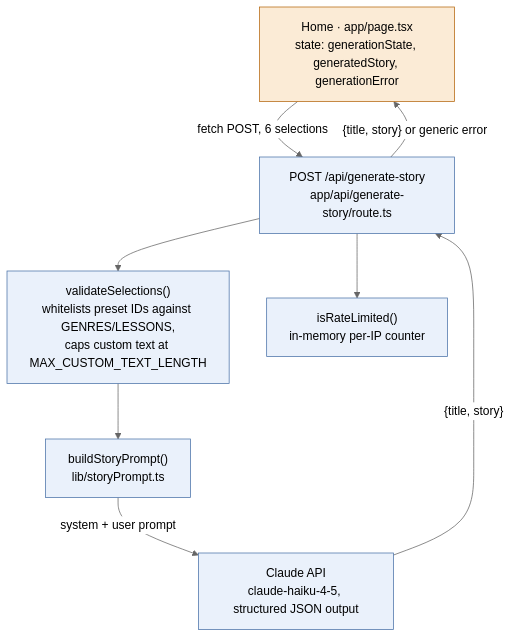
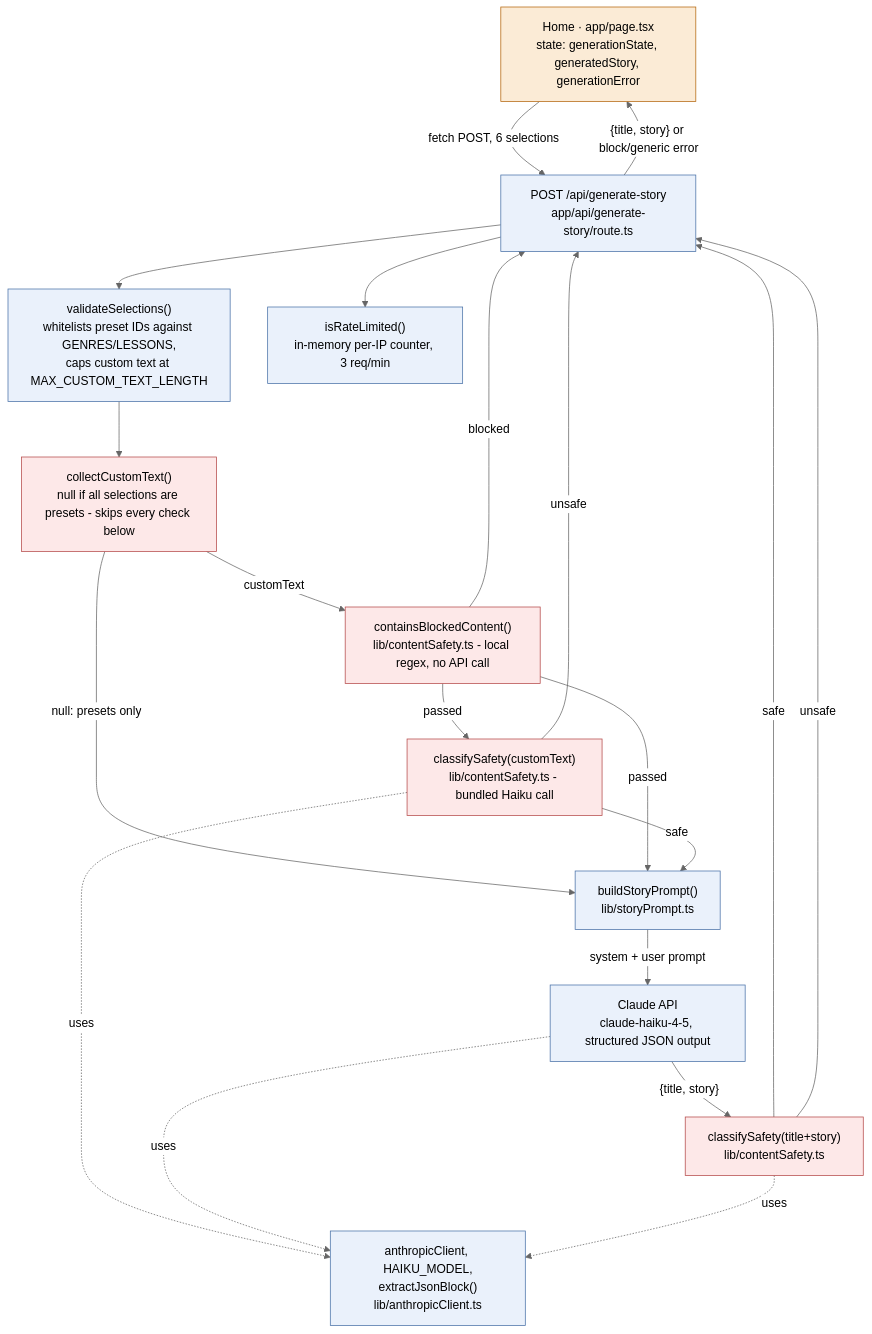
The first of 3 diagrams in docs/architecture.md (aio-studios/children-story-app), drawn with Mermaid (neutral theme) before and after one commit. The commit also changed other lines of this file and 7 other files, not shown here.

First line of the commit message:
Ship Content Safety Layer (#16)

````diff
--- a/docs/architecture.md
+++ b/docs/architecture.md
@@ -36,22 +37,41 @@
 ```mermaid
 graph TD
   Page["Home · app/page.tsx<br/>state: generationState, generatedStory, generationError"]
   Route["POST /api/generate-story<br/>app/api/generate-story/route.ts"]
   Validate["validateSelections()<br/>whitelists preset IDs against GENRES/LESSONS,<br/>caps custom text at MAX_CUSTOM_TEXT_LENGTH"]
-  RateLimit["isRateLimited()<br/>in-memory per-IP counter"]
+  RateLimit["isRateLimited()<br/>in-memory per-IP counter, 3 req/min"]
+  Collect["collectCustomText()<br/>null if all selections are presets - skips every check below"]
+  Blocklist["containsBlockedContent()<br/>lib/contentSafety.ts - local regex, no API call"]
+  InputClassify["classifySafety(customText)<br/>lib/contentSafety.ts - bundled Haiku call"]
   Prompt["buildStoryPrompt()<br/>lib/storyPrompt.ts"]
+  AnthropicClient["anthropicClient, HAIKU_MODEL,<br/>extractJsonBlock()<br/>lib/anthropicClient.ts"]
   Claude["Claude API<br/>claude-haiku-4-5, structured JSON output"]
+  OutputClassify["classifySafety(title+story)<br/>lib/contentSafety.ts"]
 
   Page -->|fetch POST, 6 selections| Route
   Route --> RateLimit
   Route --> Validate
-  Validate --> Prompt
+  Validate --> Collect
+  Collect -->|customText| Blocklist
+  Blocklist -->|passed| InputClassify
+  Collect -->|null: presets only| Prompt
+  Blocklist -->|passed| Prompt
+  InputClassify -->|safe| Prompt
   Prompt -->|system + user prompt| Claude
-  Claude -->|"{title, story}"| Route
-  Route -->|"{title, story} or generic error"| Page
+  InputClassify -.uses.-> AnthropicClient
+  Claude -.uses.-> AnthropicClient
+  OutputClassify -.uses.-> AnthropicClient
+  Claude -->|"{title, story}"| OutputClassify
+  OutputClassify -->|safe| Route
+  Blocklist -->|blocked| Route
+  InputClassify -->|unsafe| Route
+  OutputClassify -->|unsafe| Route
+  Route -->|"{title, story} or block/generic error"| Page
 
   classDef stateful fill:#FBEBD6,stroke:#B5670E;
   classDef plain fill:#EAF1FB,stroke:#4A72A8;
+  classDef safety fill:#FDE8E8,stroke:#B54A4A;
   class Page stateful;
-  class Route,Validate,RateLimit,Prompt,Claude plain;
+  class Route,Validate,RateLimit,Prompt,Claude,AnthropicClient plain;
+  class Collect,Blocklist,InputClassify,OutputClassify safety;
 ```
````
